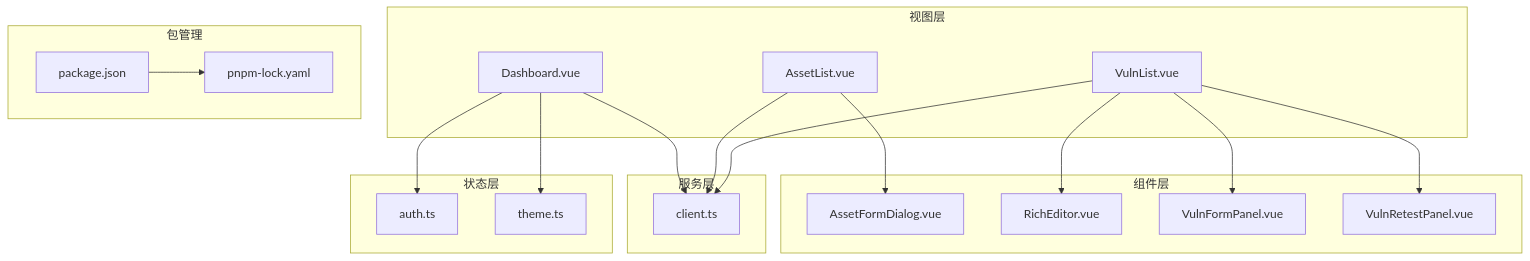
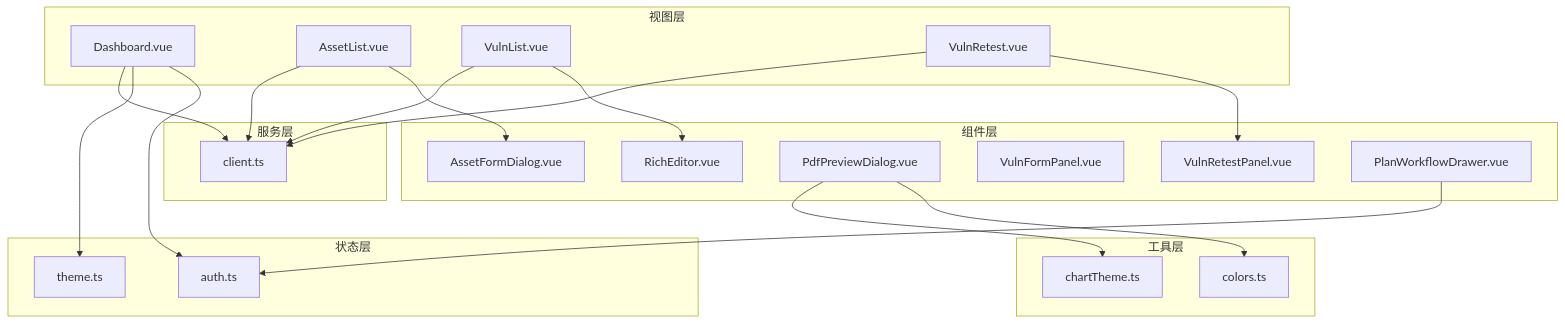
The sixth of 6 diagrams in .qoder/repowiki/zh/content/前端组件/前端组件.md (vu1Art1st/talos), drawn with Mermaid before and after one commit. The commit also changed other lines of this file and 132 other files, not shown here.

````diff
--- a/.qoder/repowiki/zh/content/前端组件/前端组件.md
+++ b/.qoder/repowiki/zh/content/前端组件/前端组件.md
@@ -347,35 +422,40 @@
 ```mermaid
 graph TB
 subgraph "视图层"
 V1["Dashboard.vue"]
 V2["AssetList.vue"]
 V3["VulnList.vue"]
+V4["VulnRetest.vue"]
 end
 subgraph "组件层"
 C1["AssetFormDialog.vue"]
 C2["RichEditor.vue"]
-C3["VulnFormPanel.vue"]
-C4["VulnRetestPanel.vue"]
+C3["PdfPreviewDialog.vue"]
+C4["VulnFormPanel.vue"]
+C5["VulnRetestPanel.vue"]
+C6["PlanWorkflowDrawer.vue"]
 end
 subgraph "状态层"
 S1["auth.ts"]
 S2["theme.ts"]
 end
 subgraph "服务层"
 A1["client.ts"]
 end
-subgraph "包管理"
-P1["package.json"]
-P2["pnpm-lock.yaml"]
+subgraph "工具层"
+U1["colors.ts"]
+U2["chartTheme.ts"]
 end
 V1 --> S1
 V1 --> S2
 V2 --> C1
 V3 --> C2
-V3 --> C3
-V3 --> C4
+V4 --> C5
 V1 --> A1
 V2 --> A1
 V3 --> A1
-P1 --> P2
+V4 --> A1
+C3 --> U1
+C3 --> U2
+C6 --> S1
 ```
````
